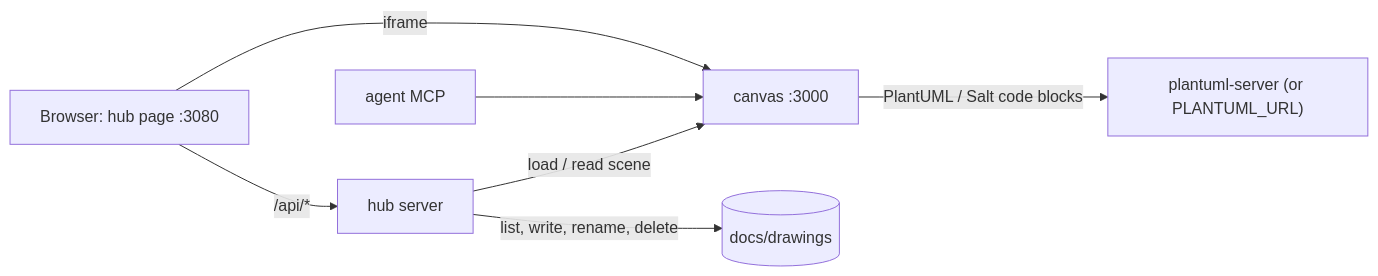
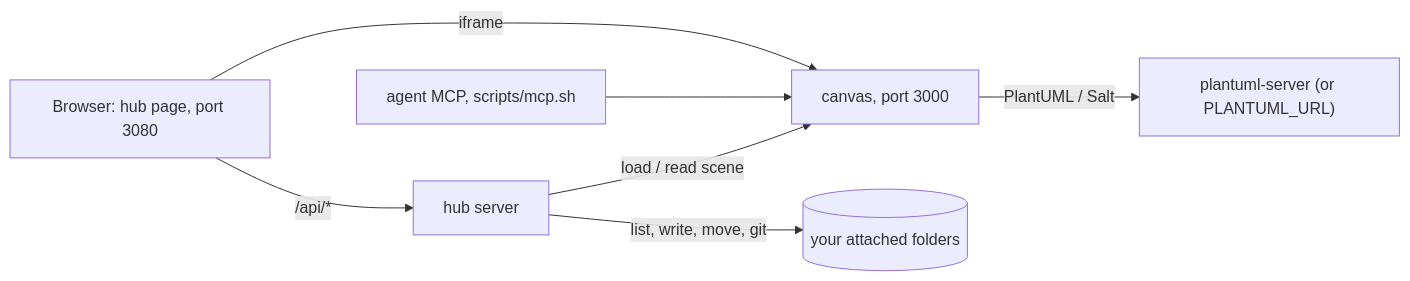
Before and after one commit to turtlewizard73/excalidraw-hub: the diagram in README.md, drawn with Mermaid. The commit also changed other lines of this file and 68 other files, not shown here.

First line of the commit message:
Standalone hub with a VS Code-style workspace (#1)

````diff
--- a/README.md
+++ b/README.md
@@ -7,9 +7,9 @@
 ```mermaid
 flowchart LR
-  B[Browser: hub page :3080] -->|/api/*| H[hub server]
-  B -->|iframe| C[canvas :3000]
-  A[agent MCP] --> C
+  B[Browser: hub page, port 3080] -->|/api/*| H[hub server]
+  B -->|iframe| C[canvas, port 3000]
+  A[agent MCP, scripts/mcp.sh] --> C
   H -->|load / read scene| C
-  H -->|list, write, rename, delete| D[(docs/drawings)]
-  C -->|PlantUML / Salt code blocks| P["plantuml-server (or PLANTUML_URL)"]
+  H -->|list, write, move, git| D[(your attached folders)]
+  C -->|PlantUML / Salt| P["plantuml-server (or PLANTUML_URL)"]
 ```
````
